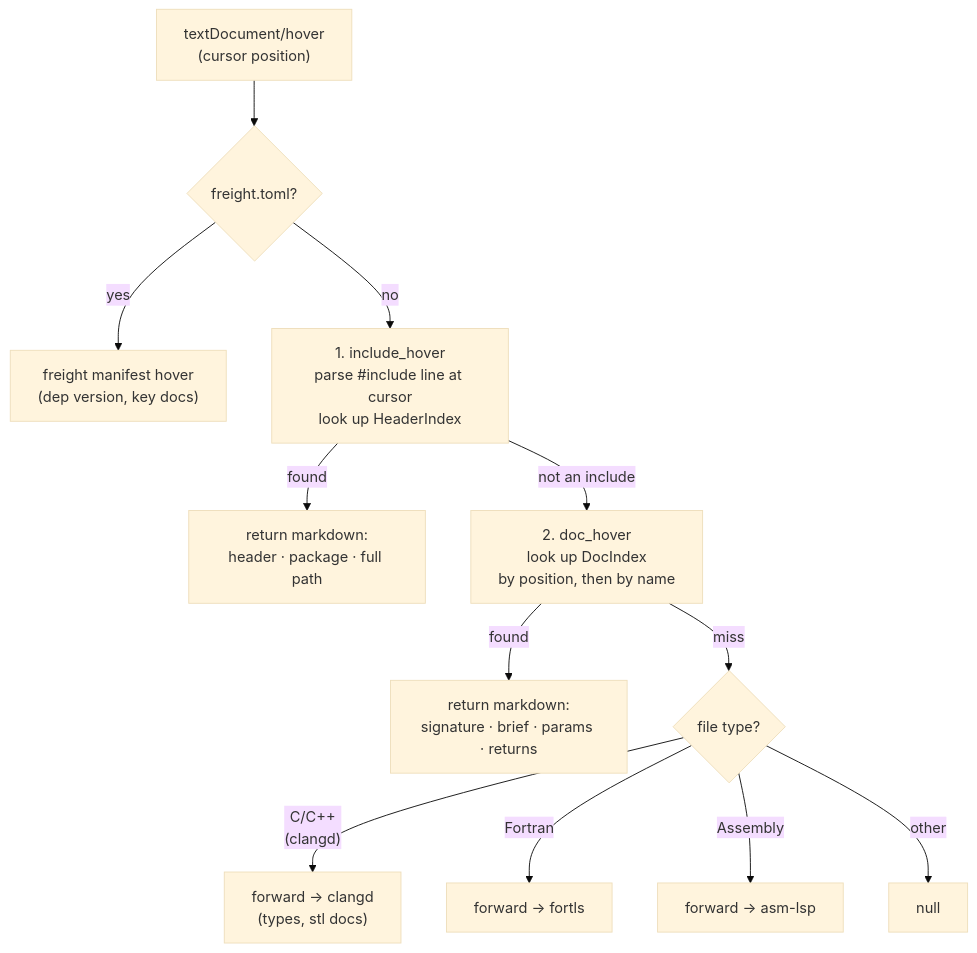
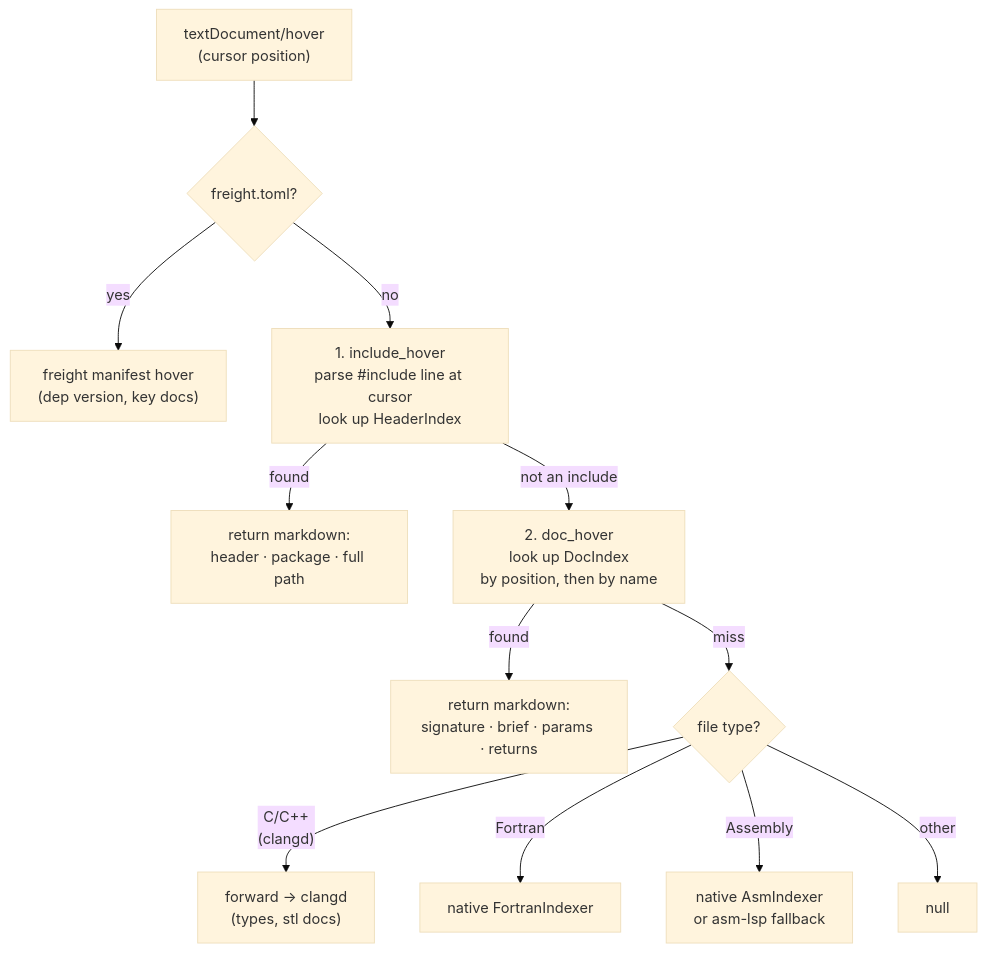
One commit to freight-app/Freight changed the fourth of 7 diagrams in docs/lsp-architecture.md. Above: the diagram before and after it, drawn with Mermaid (base theme). The commit also changed other lines of this file and 6 other files, not shown here.

Commit message:
document native fortran lsp default

````diff
--- a/docs/lsp-architecture.md
+++ b/docs/lsp-architecture.md
@@ -88,17 +90,17 @@
 ```mermaid
 flowchart TD
     H["textDocument/hover\n(cursor position)"]
 
     H --> IsManifest{"freight.toml?"}
     IsManifest -->|yes| ManifestHover["freight manifest hover\n(dep version, key docs)"]
 
     IsManifest -->|no| Step1["1. include_hover\nparse #include line at cursor\nlook up HeaderIndex"]
     Step1 -->|found| IncludeHover["return markdown:\nheader · package · full path"]
     Step1 -->|not an include| Step2["2. doc_hover\nlook up DocIndex\nby position, then by name"]
     Step2 -->|found| DocHover["return markdown:\nsignature · brief · params · returns"]
     Step2 -->|miss| Step3{"file type?"}
     Step3 -->|"C/C++\n(clangd)"| ClangdHover["forward → clangd\n(types, stl docs)"]
-    Step3 -->|"Fortran"| FortlsHover["forward → fortls"]
-    Step3 -->|"Assembly"| AsmHover["forward → asm-lsp"]
+    Step3 -->|"Fortran"| FortranHover["native FortranIndexer"]
+    Step3 -->|"Assembly"| AsmHover["native AsmIndexer\nor asm-lsp fallback"]
     Step3 -->|"other"| NullHover["null"]
 ```
````
